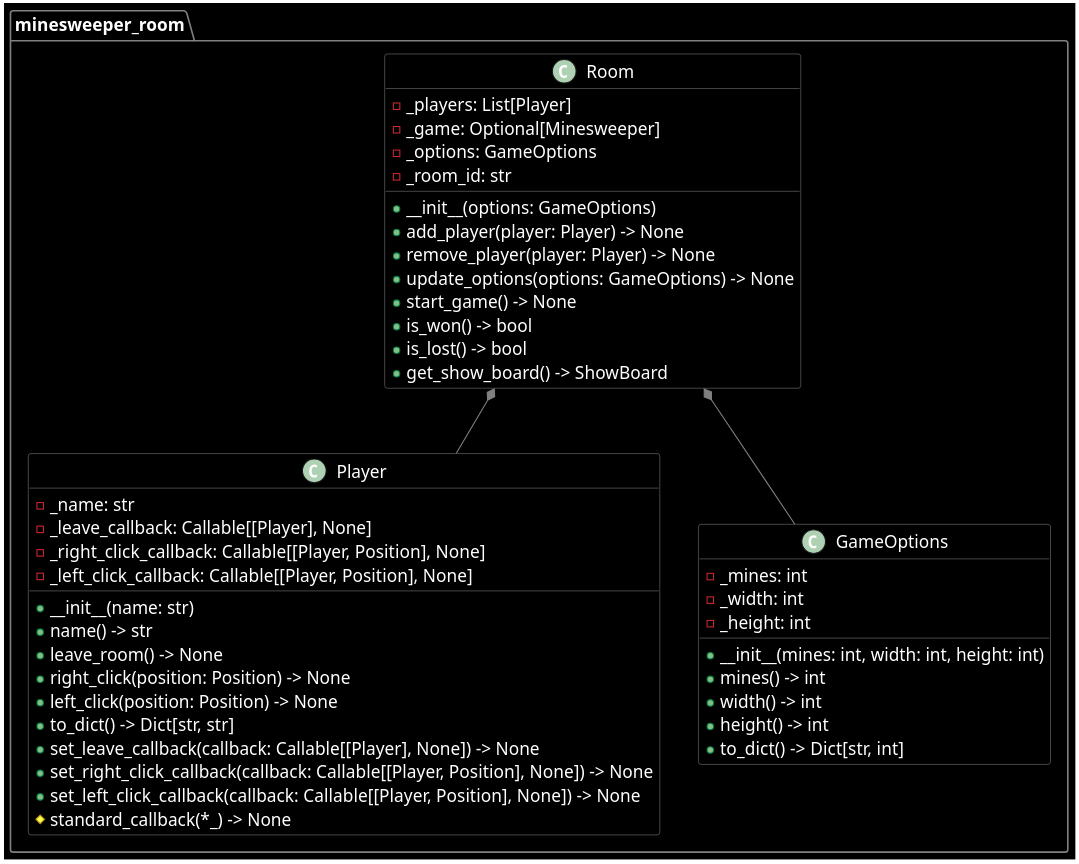
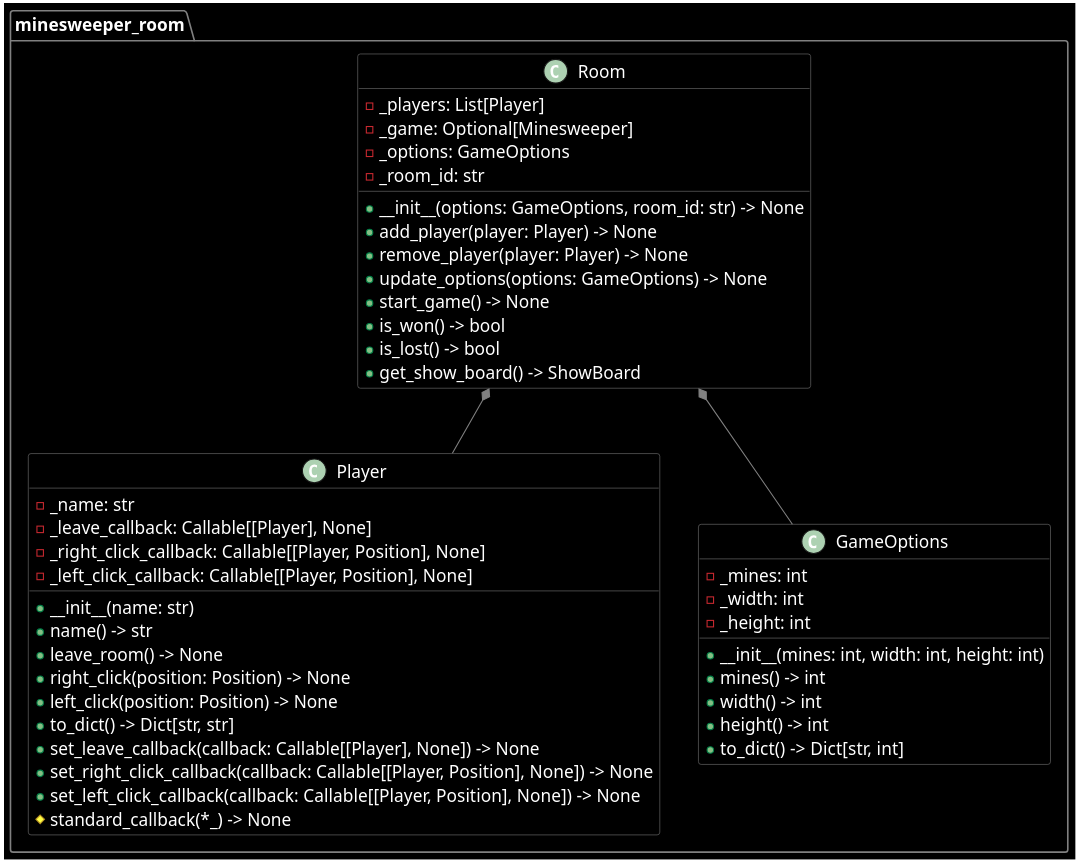
Before and after one commit to HampusSiik/minesweeper-with-friends: the diagram in doc/minesweeper_room-diagram.puml, drawn with PlantUML. The commit also changed 4 other files, not shown here.

Commit message:
Refactor Minesweeper game logic and introduce Room class for game management

```diff
--- a/doc/minesweeper_room-diagram.puml
+++ b/doc/minesweeper_room-diagram.puml
@@ -1,86 +1,86 @@
 @startuml minesweeper_room
 
 skinparam {
 
     DefaultFontColor White
     DefaultFontName Monospace
     DefaultFontSize 16
     DefaultBorderColor White
     ArrowColor Gray
 
     BackgroundColor Black
     BorderColor Gray
     FontColor White
 
     class {
         BackgroundColor Black
         BorderColor Gray
     }
 
     package {
         BackgroundColor Black
         BorderColor Gray
     }
 
 }
 
 package minesweeper_room {
 
     class Player {
 
         - _name: str
         - _leave_callback: Callable[[Player], None]
         - _right_click_callback: Callable[[Player, Position], None]
         - _left_click_callback: Callable[[Player, Position], None]
 
         + __init__(name: str)
         + name() -> str
         + leave_room() -> None
         + right_click(position: Position) -> None
         + left_click(position: Position) -> None
         + to_dict() -> Dict[str, str]
         + set_leave_callback(callback: Callable[[Player], None]) -> None
         + set_right_click_callback(callback: Callable[[Player, Position], None]) -> None
         + set_left_click_callback(callback: Callable[[Player, Position], None]) -> None
         # standard_callback(*_) -> None
 
     }
 
     class GameOptions {
 
         - _mines: int
         - _width: int
         - _height: int
 
         + __init__(mines: int, width: int, height: int)
         + mines() -> int
         + width() -> int
         + height() -> int
         + to_dict() -> Dict[str, int]
 
     }
 
     class Room {
 
         - _players: List[Player]
         - _game: Optional[Minesweeper]
         - _options: GameOptions
         - _room_id: str
 
-        + __init__(options: GameOptions)
+        + __init__(options: GameOptions, room_id: str) -> None
         + add_player(player: Player) -> None
         + remove_player(player: Player) -> None
         + update_options(options: GameOptions) -> None
         + start_game() -> None
         + is_won() -> bool
         + is_lost() -> bool
         + get_show_board() -> ShowBoard
 
     }
 
     Room *-- Player
     Room *-- GameOptions
 
 }
 
 @enduml
```
